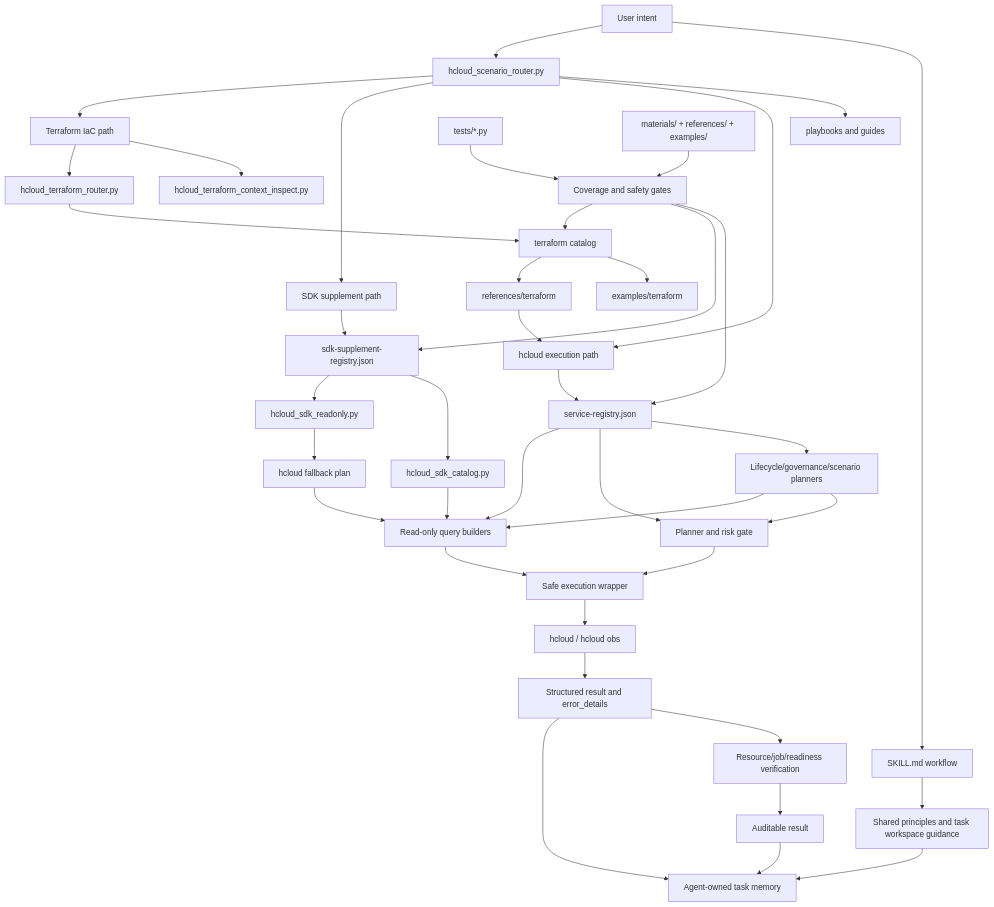
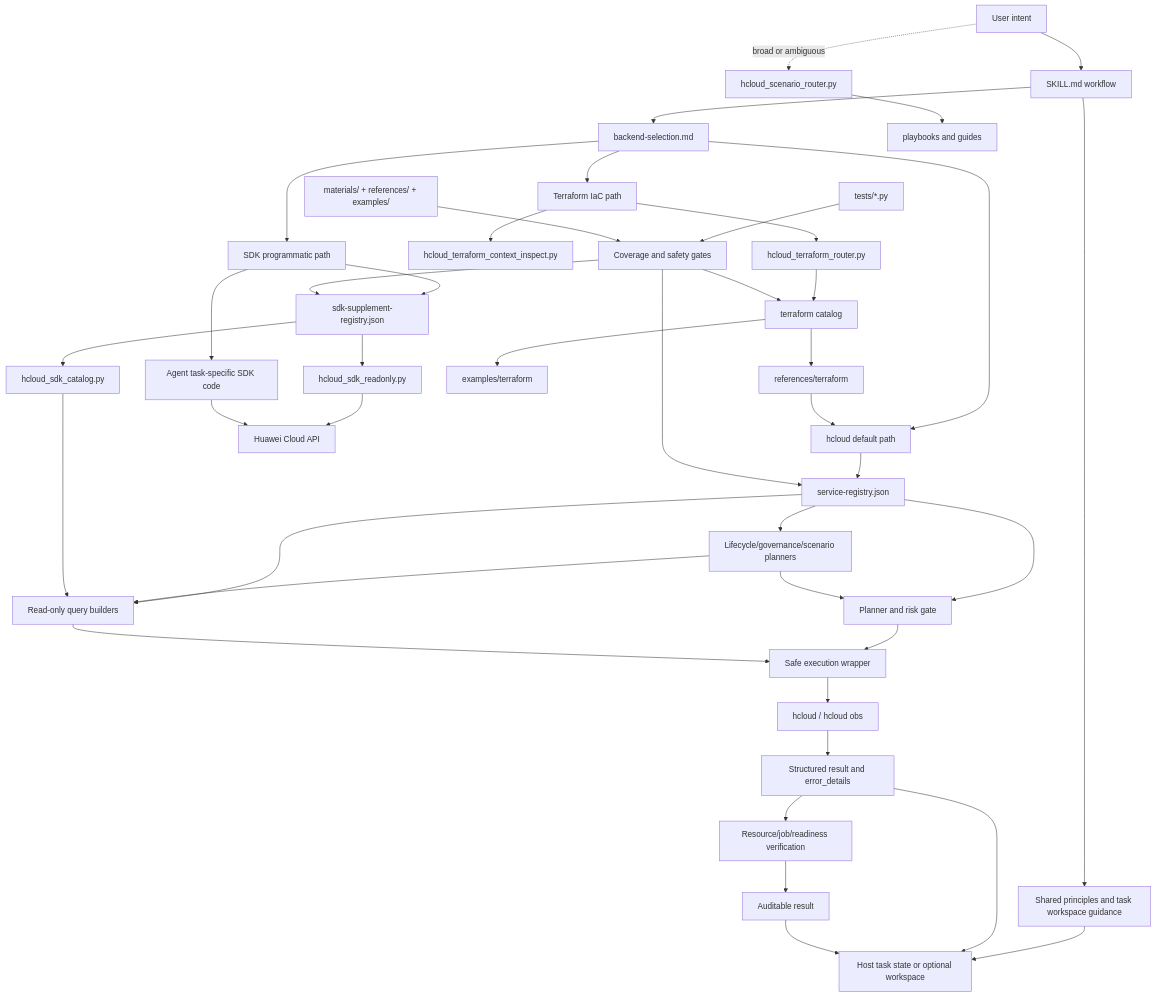
The first of 2 diagrams in docs/technical-overview.md (pipixia-labs/huaweicloud-skill), drawn with Mermaid before and after one commit. The commit also changed other lines of this file and 43 other files, not shown here.

````diff
--- a/docs/technical-overview.md
+++ b/docs/technical-overview.md
@@ -43,46 +46,48 @@
 ```mermaid
 flowchart TD
     Intent["User intent"] --> Skill["SKILL.md workflow"]
+    Skill --> Backend["backend-selection.md"]
     Skill --> Shared["Shared principles and task workspace guidance"]
-    Shared --> TaskMemory["Agent-owned task memory"]
-    Intent --> Router["hcloud_scenario_router.py"]
+    Shared --> TaskMemory["Host task state or optional workspace"]
+    Intent -. broad or ambiguous .-> Router["hcloud_scenario_router.py"]
     Router --> Guides["playbooks and guides"]
-    Router --> HCloudPath["hcloud execution path"]
-    Router --> SDKPath["SDK supplement path"]
-    Router --> TerraformPath["Terraform IaC path"]
+    Backend --> HCloudPath["hcloud default path"]
+    Backend --> SDKPath["SDK programmatic path"]
+    Backend --> TerraformPath["Terraform IaC path"]
 
     HCloudPath --> Registry["service-registry.json"]
     Registry --> Closure["Lifecycle/governance/scenario planners"]
     Registry --> Plan["Planner and risk gate"]
     Registry --> Query["Read-only query builders"]
     Closure --> Plan
     Closure --> Query
     Plan --> SafeExec["Safe execution wrapper"]
     Query --> SafeExec
     SafeExec --> HCloud["hcloud / hcloud obs"]
     HCloud --> Diagnosis["Structured result and error_details"]
     Diagnosis --> Verify["Resource/job/readiness verification"]
     Diagnosis --> TaskMemory
     Verify --> Result["Auditable result"]
     Result --> TaskMemory
 
+    SDKPath --> SDKCode["Agent task-specific SDK code"]
     SDKPath --> SDKRegistry["sdk-supplement-registry.json"]
     SDKRegistry --> SDKCatalog["hcloud_sdk_catalog.py"]
     SDKRegistry --> SDKRead["hcloud_sdk_readonly.py"]
     SDKCatalog --> Query
-    SDKRead --> HCloudFallback["hcloud fallback plan"]
-    HCloudFallback --> Query
+    SDKRead --> HuaweiAPI["Huawei Cloud API"]
+    SDKCode --> HuaweiAPI
 
     TerraformPath --> TFInspect["hcloud_terraform_context_inspect.py"]
     TerraformPath --> TFRouter["hcloud_terraform_router.py"]
     TFRouter --> TFCatalog["terraform catalog"]
     TFCatalog --> TFExamples["examples/terraform"]
     TFCatalog --> TFRefs["references/terraform"]
     TFRefs --> HCloudPath
 
     Tests["tests/*.py"] --> Gates["Coverage and safety gates"]
     Materials["materials/ + references/ + examples/"] --> Gates
     Gates --> Registry
     Gates --> SDKRegistry
     Gates --> TFCatalog
 ```
````
